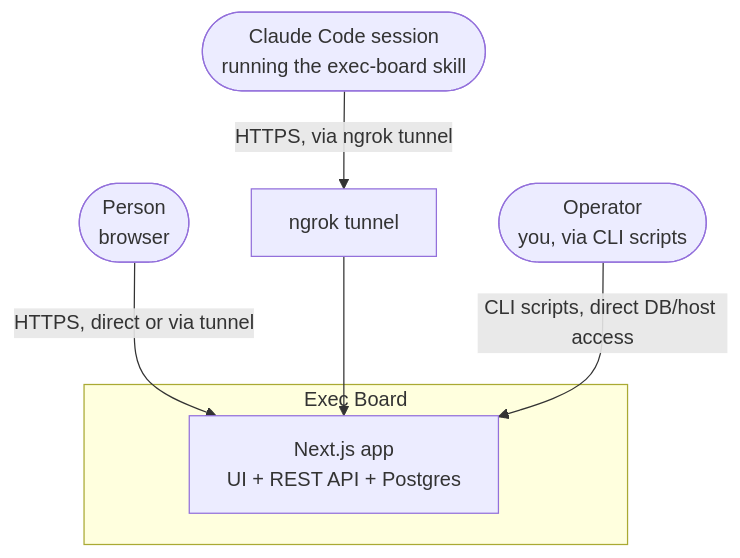
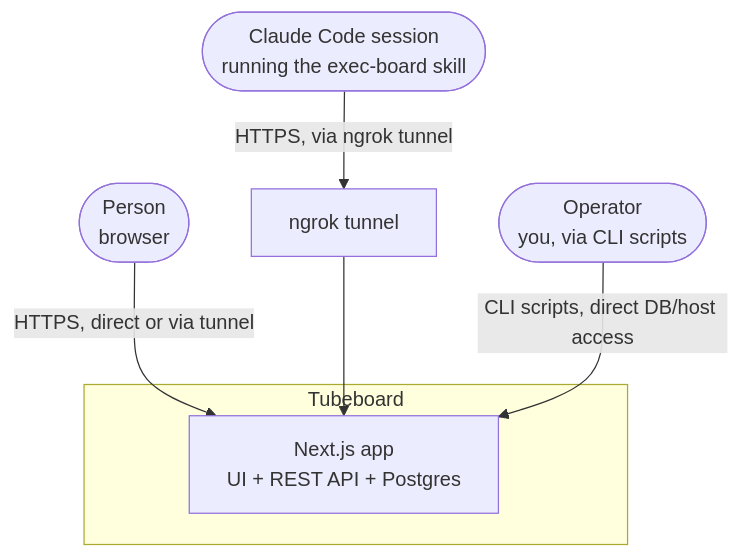
The first of 8 diagrams in architecture.md (JaxzTan/todo_list), drawn with Mermaid before and after one commit. The commit also changed other lines of this file and 27 other files, not shown here.

````diff
--- a/architecture.md
+++ b/architecture.md
@@ -110,16 +110,16 @@
 ```mermaid
 graph TB
     user([Person<br/>browser])
     claude([Claude Code session<br/>running the exec-board skill])
     operator([Operator<br/>you, via CLI scripts])
 
-    subgraph system[" Exec Board "]
+    subgraph system[" Tubeboard "]
         core[Next.js app<br/>UI + REST API + Postgres]
     end
 
     ngrok[ngrok tunnel]
 
     user -->|HTTPS, direct or via tunnel| core
     claude -->|HTTPS, via ngrok tunnel| ngrok --> core
     operator -->|CLI scripts, direct DB/host access| core
 ```
````
